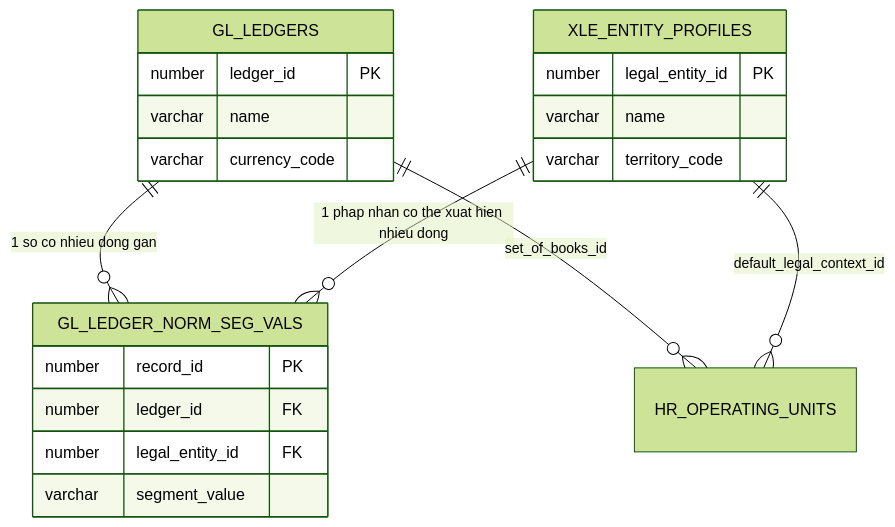
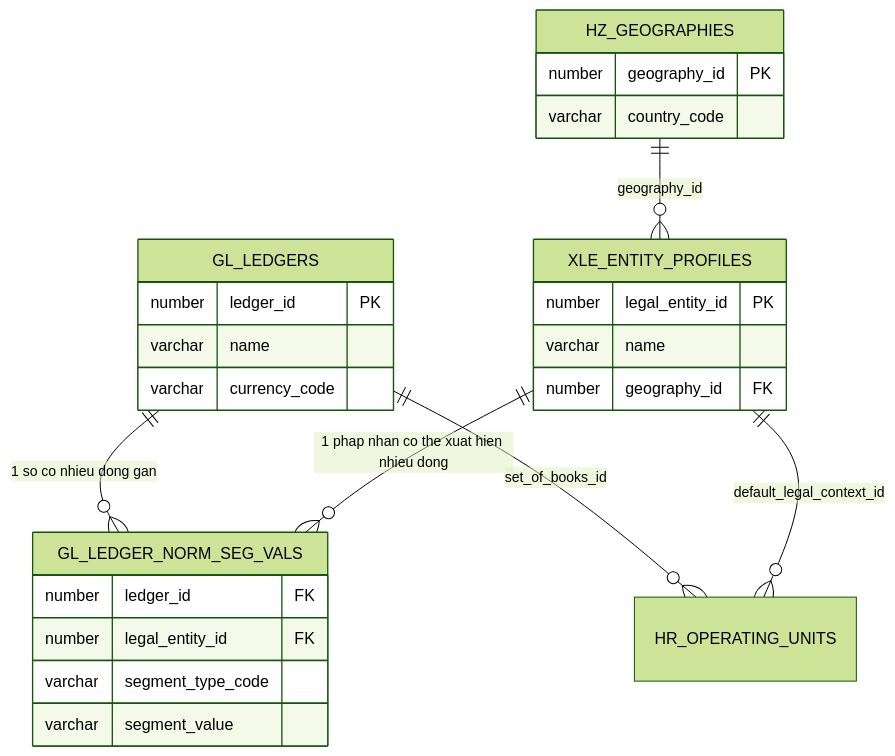
One commit to thanvanhai/thanvanhai.github.io changed the second of 2 diagrams in docs/erp-nghiep-vu/0-nen-tang/1000-to-chuc-va-phap-nhan.md. Above: the diagram before and after it, drawn with Mermaid (forest theme). The commit also changed other lines of this file and 59 other files, not shown here.

````diff
--- a/docs/erp-nghiep-vu/0-nen-tang/1000-to-chuc-va-phap-nhan.md
+++ b/docs/erp-nghiep-vu/0-nen-tang/1000-to-chuc-va-phap-nhan.md
@@ -128,24 +132,29 @@
 ```mermaid
 erDiagram
   GL_LEDGERS ||--o{ GL_LEDGER_NORM_SEG_VALS : "1 so co nhieu dong gan"
   XLE_ENTITY_PROFILES ||--o{ GL_LEDGER_NORM_SEG_VALS : "1 phap nhan co the xuat hien nhieu dong"
+  HZ_GEOGRAPHIES ||--o{ XLE_ENTITY_PROFILES : "geography_id"
   GL_LEDGERS ||--o{ HR_OPERATING_UNITS : "set_of_books_id"
   XLE_ENTITY_PROFILES ||--o{ HR_OPERATING_UNITS : "default_legal_context_id"
 
   GL_LEDGERS {
     number ledger_id PK
     varchar name
     varchar currency_code
   }
+  HZ_GEOGRAPHIES {
+    number geography_id PK
+    varchar country_code
+  }
   XLE_ENTITY_PROFILES {
     number legal_entity_id PK
     varchar name
-    varchar territory_code
+    number geography_id FK
   }
   GL_LEDGER_NORM_SEG_VALS {
-    number record_id PK
     number ledger_id FK
     number legal_entity_id FK
+    varchar segment_type_code
     varchar segment_value
   }
 ```
````
